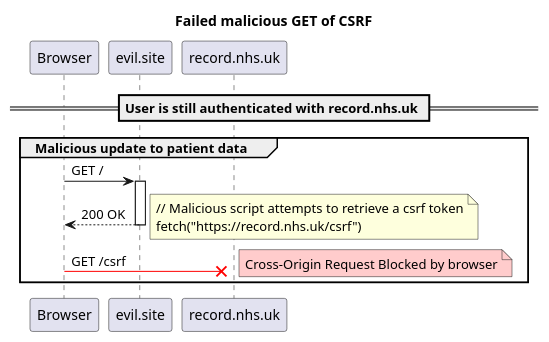
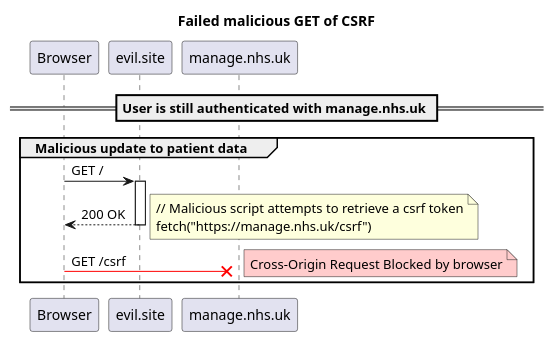
The diagram in docs/diagrams/failed-malicious-get-of-csrf.puml (nhsuk/manage-vaccinations-in-schools), drawn with PlantUML before and after one commit. The commit also changed 14 other files, not shown here.

Commit message:
Rename record to manage

```diff
--- a/docs/diagrams/failed-malicious-get-of-csrf.puml
+++ b/docs/diagrams/failed-malicious-get-of-csrf.puml
@@ -1,23 +1,23 @@
 @startuml
 
 title Failed malicious GET of CSRF
 
 autoactivate on
 
-== User is still authenticated with record.nhs.uk ==
+== User is still authenticated with manage.nhs.uk ==
 
 group Malicious update to patient data
     Browser -> evil.site: GET /
     return 200 OK
     note right
         // Malicious script attempts to retrieve a csrf token
-        fetch("https://record.nhs.uk/csrf")
+        fetch("https://manage.nhs.uk/csrf")
     end note
 
-    Browser -[#red]>x record.nhs.uk: GET /csrf
+    Browser -[#red]>x manage.nhs.uk: GET /csrf
     note right #FCC
         Cross-Origin Request Blocked by browser
     end note
 end
 
 @enduml
```
